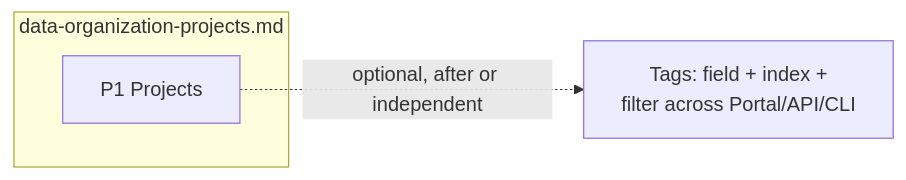
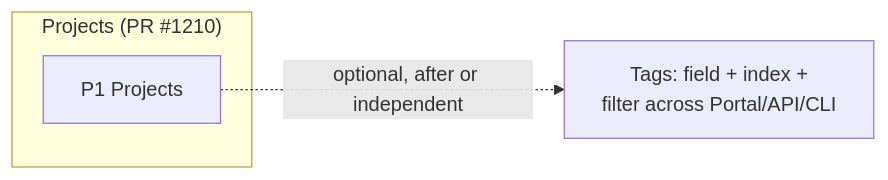
One commit to Gile987/scope changed the third of 3 diagrams in docs/architecture/data-tags.md. Above: the diagram before and after it, drawn with Mermaid. The commit also changed other lines of this file, not shown here.

First line of the commit message:
docs(data-tags): fix broken links, wrong auth-rbac link, and task-prompt contradiction

````diff
--- a/docs/architecture/data-tags.md
+++ b/docs/architecture/data-tags.md
@@ -179,7 +179,7 @@
 ```mermaid
 flowchart LR
-    subgraph proj["data-organization-projects.md"]
+    subgraph proj["Projects (PR #1210)"]
         P1["P1 Projects"]
     end
     P1 -.optional, after or independent.-> T["Tags: field + index +<br/>filter across Portal/API/CLI"]
 ```
````
